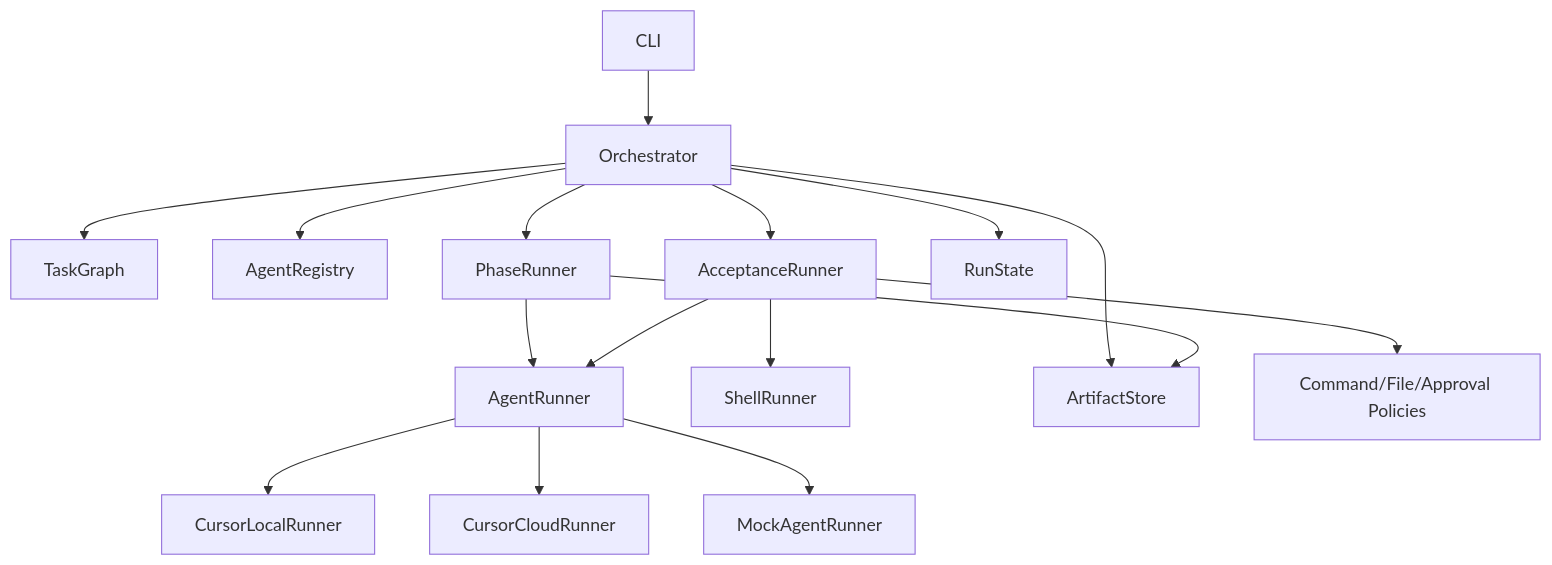
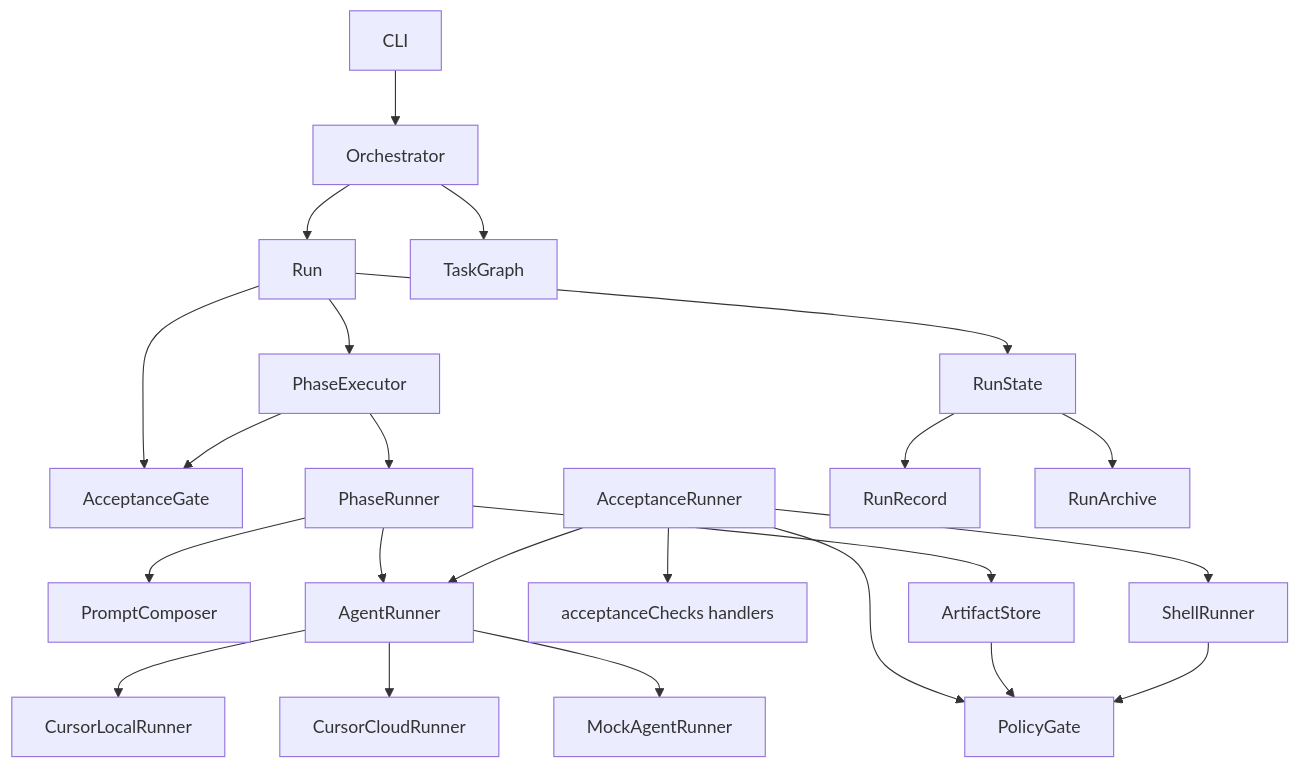
One commit to perezdap/CursorOrchestrator changed the diagram in docs/architecture.md. Above: the diagram before and after it, drawn with Mermaid. The commit also changed other lines of this file and 26 other files, not shown here.

````diff
--- a/docs/architecture.md
+++ b/docs/architecture.md
@@ -7,18 +7,25 @@
 ```mermaid
 flowchart TB
   CLI[CLI] --> Orch[Orchestrator]
+  Orch --> Run[Run]
   Orch --> TG[TaskGraph]
-  Orch --> AR[AgentRegistry]
-  Orch --> PR[PhaseRunner]
-  Orch --> AC[AcceptanceRunner]
+  Run --> PE[PhaseExecutor]
+  Run --> AG[AcceptanceGate]
+  PE --> PR[PhaseRunner]
+  PE --> AG
+  PR --> PC[PromptComposer]
   PR --> Runner[AgentRunner]
+  AC[AcceptanceRunner] --> Checks[acceptanceChecks handlers]
+  AC --> PG[PolicyGate]
   AC --> Shell[ShellRunner]
   AC --> Runner
   Runner --> Local[CursorLocalRunner]
   Runner --> Cloud[CursorCloudRunner]
   Runner --> Mock[MockAgentRunner]
-  Orch --> RS[RunState]
-  Orch --> AS[ArtifactStore]
-  PR --> AS
-  AC --> Policies[Command/File/Approval Policies]
+  Run --> RS[RunState]
+  RS --> RR[RunRecord]
+  RS --> RA[RunArchive]
+  PR --> AS[ArtifactStore]
+  AS --> PG
+  Shell --> PG
 ```
````
